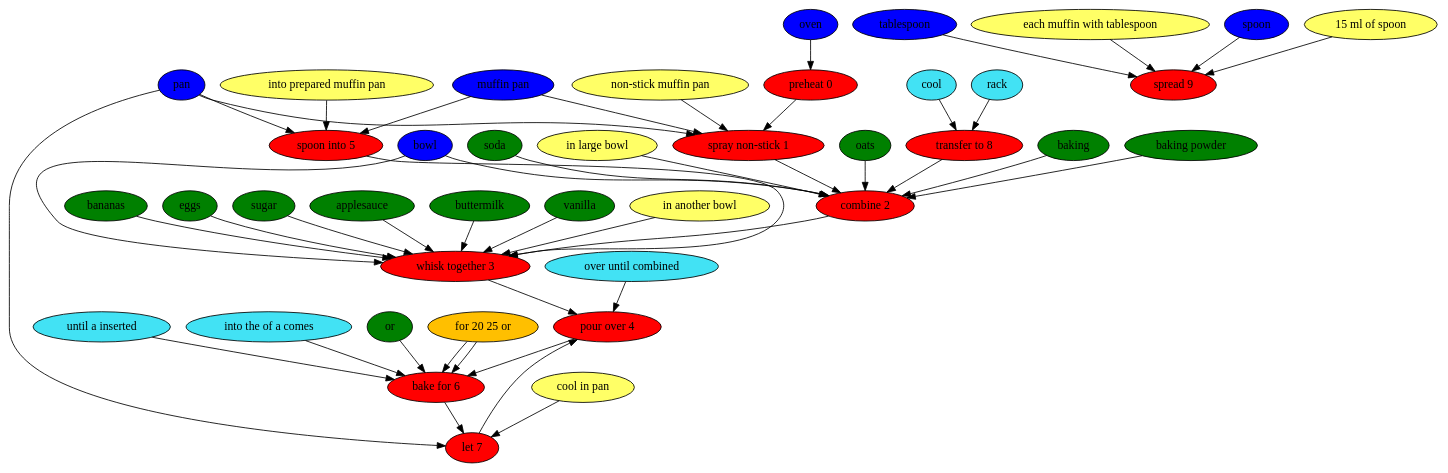
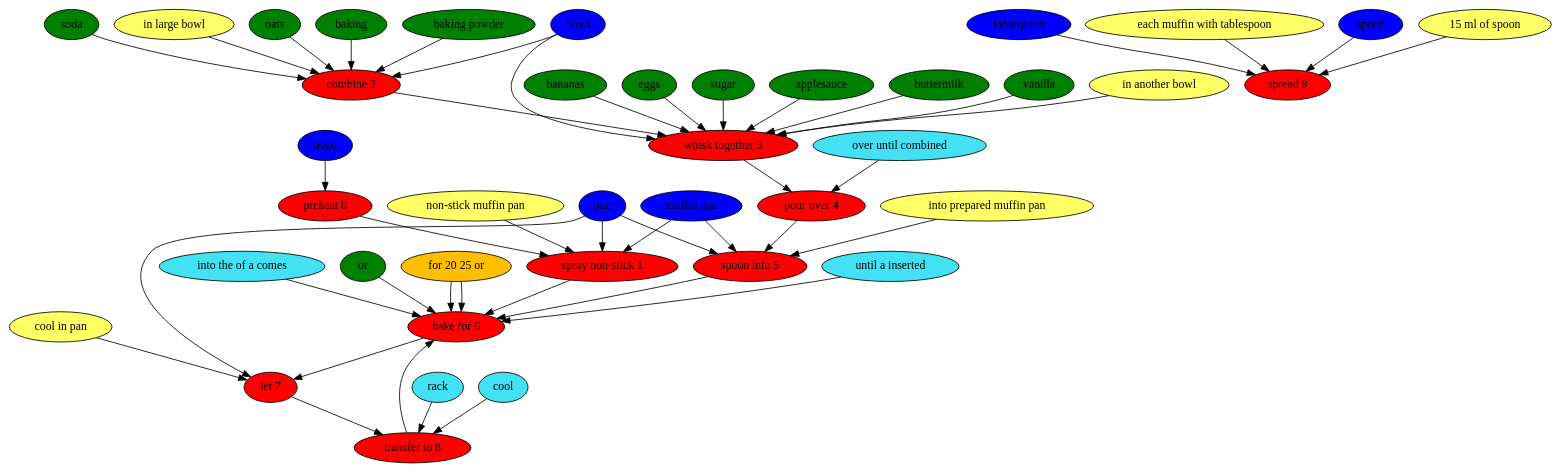
Before and after one commit to can-keklik/RecipePostagger: the diagram in results/paper/banana-buttermilk-breakfast-muffins-topped-with-nutella.dot, drawn with Graphviz. The commit also changed 13 other files, not shown here.

```diff
--- a/results/paper/banana-buttermilk-breakfast-muffins-topped-with-nutella.dot
+++ b/results/paper/banana-buttermilk-breakfast-muffins-topped-with-nutella.dot
@@ -1,91 +1,91 @@
 digraph G {
 "preheat 0" [style=filled, fillcolor=red];
 oven [style=filled, fillcolor="#0000ff"];
 oven -> "preheat 0";
 "spray non-stick 1" [style=filled, fillcolor=red];
 "muffin pan" [style=filled, fillcolor="#0000ff"];
 "muffin pan" -> "spray non-stick 1";
 "non-stick muffin pan" [style=filled, fillcolor="#ffff66"];
 "non-stick muffin pan" -> "spray non-stick 1";
 pan [style=filled, fillcolor="#0000ff"];
 pan -> "spray non-stick 1";
 "combine 2" [style=filled, fillcolor=red];
 oats [style=filled, fillcolor=green];
 oats -> "combine 2";
 baking [style=filled, fillcolor=green];
 baking -> "combine 2";
 "baking powder" [style=filled, fillcolor=green];
 "baking powder" -> "combine 2";
 soda [style=filled, fillcolor=green];
 soda -> "combine 2";
 bowl [style=filled, fillcolor="#0000ff"];
 bowl -> "combine 2";
 "in large bowl" [style=filled, fillcolor="#ffff66"];
 "in large bowl" -> "combine 2";
 "whisk together 3" [style=filled, fillcolor=red];
 bananas [style=filled, fillcolor=green];
 bananas -> "whisk together 3";
 eggs [style=filled, fillcolor=green];
 eggs -> "whisk together 3";
 sugar [style=filled, fillcolor=green];
 sugar -> "whisk together 3";
 applesauce [style=filled, fillcolor=green];
 applesauce -> "whisk together 3";
 buttermilk [style=filled, fillcolor=green];
 buttermilk -> "whisk together 3";
 vanilla [style=filled, fillcolor=green];
 vanilla -> "whisk together 3";
 bowl [style=filled, fillcolor="#0000ff"];
 bowl -> "whisk together 3";
 "in another bowl" [style=filled, fillcolor="#ffff66"];
 "in another bowl" -> "whisk together 3";
 "pour over 4" [style=filled, fillcolor=red];
 "over until combined" [style=filled, fillcolor="#42e2f4"];
 "over until combined" -> "pour over 4";
 "spoon into 5" [style=filled, fillcolor=red];
 "muffin pan" [style=filled, fillcolor="#0000ff"];
 "muffin pan" -> "spoon into 5";
 "into prepared muffin pan" [style=filled, fillcolor="#ffff66"];
 "into prepared muffin pan" -> "spoon into 5";
 pan [style=filled, fillcolor="#0000ff"];
 pan -> "spoon into 5";
 "bake for 6" [style=filled, fillcolor=red];
 "until a inserted" [style=filled, fillcolor="#42e2f4"];
 "until a inserted" -> "bake for 6";
 "into the of a comes" [style=filled, fillcolor="#42e2f4"];
 "into the of a comes" -> "bake for 6";
 or [style=filled, fillcolor=green];
 or -> "bake for 6";
 "for 20 25 or" [style=filled, fillcolor="#01DFA5"];
 "for 20 25 or" -> "bake for 6";
 "for 20 25 or" [style=filled, fillcolor="#FFBF00"];
 "for 20 25 or" -> "bake for 6";
 "let 7" [style=filled, fillcolor=red];
 pan [style=filled, fillcolor="#0000ff"];
 pan -> "let 7";
 "cool in pan" [style=filled, fillcolor="#ffff66"];
 "cool in pan" -> "let 7";
 "transfer to 8" [style=filled, fillcolor=red];
 rack [style=filled, fillcolor="#42e2f4"];
 rack -> "transfer to 8";
 cool [style=filled, fillcolor="#42e2f4"];
 cool -> "transfer to 8";
 "spread 9" [style=filled, fillcolor=red];
 tablespoon [style=filled, fillcolor="#0000ff"];
 tablespoon -> "spread 9";
 "each muffin with tablespoon" [style=filled, fillcolor="#ffff66"];
 "each muffin with tablespoon" -> "spread 9";
 spoon [style=filled, fillcolor="#0000ff"];
 spoon -> "spread 9";
 "15 ml of spoon" [style=filled, fillcolor="#ffff66"];
 "15 ml of spoon" -> "spread 9";
 "preheat 0" -> "spray non-stick 1";
-"spray non-stick 1" -> "combine 2";
+"spray non-stick 1" -> "bake for 6";
 "combine 2" -> "whisk together 3";
 "whisk together 3" -> "pour over 4";
-"pour over 4" -> "bake for 6";
-"spoon into 5" -> "whisk together 3";
+"pour over 4" -> "spoon into 5";
+"spoon into 5" -> "bake for 6";
 "bake for 6" -> "let 7";
-"let 7" -> "pour over 4";
-"transfer to 8" -> "combine 2";
+"let 7" -> "transfer to 8";
+"transfer to 8" -> "bake for 6";
 }
```
